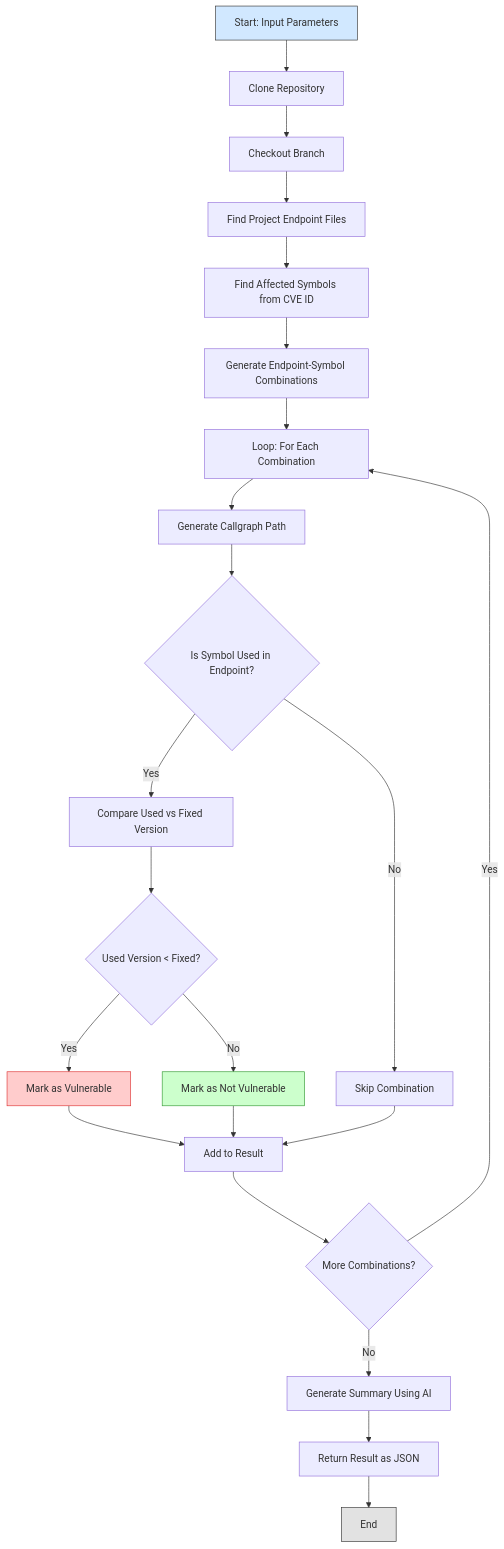
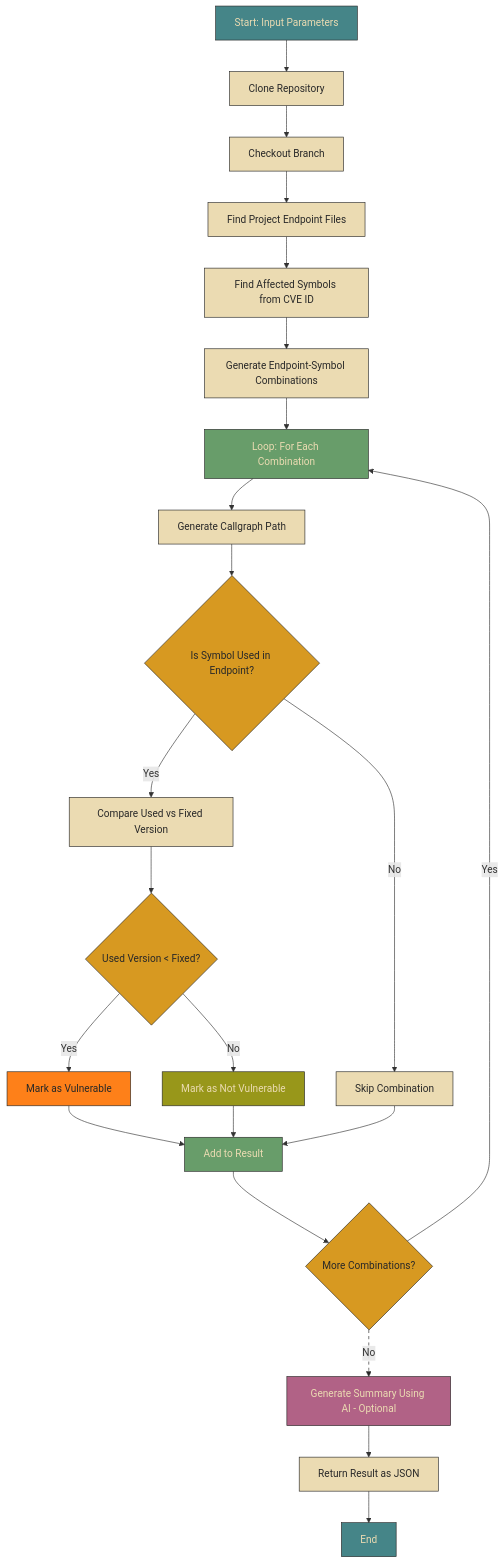
Before and after one commit to k37y/gvs: the diagram in README.md, drawn with Mermaid.

````diff
--- a/README.md
+++ b/README.md
@@ -9,30 +9,54 @@
 ```mermaid
 flowchart TD
     A[Start: Input Parameters] --> B[Clone Repository]
     B --> C[Checkout Branch]
     C --> D[Find Project Endpoint Files]
     D --> E[Find Affected Symbols from CVE ID]
     E --> F[Generate Endpoint-Symbol Combinations]
     F --> G[Loop: For Each Combination]
     G --> H[Generate Callgraph Path]
     H --> I{Is Symbol Used in Endpoint?}
     I -- Yes --> J[Compare Used vs Fixed Version]
     J --> K{Used Version < Fixed?}
     K -- Yes --> L[Mark as Vulnerable]
     K -- No --> M[Mark as Not Vulnerable]
     L --> N[Add to Result]
     M --> N
     I -- No --> O[Skip Combination]
     O --> N
     N --> P{More Combinations?}
     P -- Yes --> G
-    P -- No --> Q[Generate Summary Using AI]
+    P -- No --> Q[Generate Summary Using AI - Optional]
     Q --> R[Return Result as JSON]
     R --> S[End]
 
     %% Style nodes
-    style A fill:#d1e8ff,stroke:#333,stroke-width:1px
-    style L fill:#ffcccc,stroke:#d33,stroke-width:1px
-    style M fill:#ccffcc,stroke:#393,stroke-width:1px
-    style S fill:#e2e2e2,stroke:#333,stroke-width:1px
+    style A fill:#458588,stroke:#282828,stroke-width:1px,color:#ebdbb2
+    style B fill:#ebdbb2,stroke:#282828,stroke-width:1px,color:#282828
+    style C fill:#ebdbb2,stroke:#282828,stroke-width:1px,color:#282828
+    style D fill:#ebdbb2,stroke:#282828,stroke-width:1px,color:#282828
+    style E fill:#ebdbb2,stroke:#282828,stroke-width:1px,color:#282828
+    style F fill:#ebdbb2,stroke:#282828,stroke-width:1px,color:#282828
+    style G fill:#689d6a,stroke:#282828,stroke-width:1px,color:#ebdbb2
+    style H fill:#ebdbb2,stroke:#282828,stroke-width:1px,color:#282828
+    style I fill:#d79921,stroke:#282828,stroke-width:1px,color:#282828
+    style J fill:#ebdbb2,stroke:#282828,stroke-width:1px,color:#282828
+    style K fill:#d79921,stroke:#282828,stroke-width:1px,color:#282828
+    style L fill:#fe8019,stroke:#282828,stroke-width:1px,color:#282828
+    style M fill:#98971a,stroke:#282828,stroke-width:1px,color:#ebdbb2
+    style N fill:#689d6a,stroke:#282828,stroke-width:1px,color:#ebdbb2
+    style O fill:#ebdbb2,stroke:#282828,stroke-width:1px,color:#282828
+    style P fill:#d79921,stroke:#282828,stroke-width:1px,color:#282828
+    style Q fill:#b16286,stroke:#282828,stroke-width:1px,color:#ebdbb2
+    style R fill:#ebdbb2,stroke:#282828,stroke-width:1px,color:#282828
+    style S fill:#458588,stroke:#282828,stroke-width:1px,color:#ebdbb2
+    linkStyle 18 fill:none,stroke:#282828,stroke-width:1px,color:#28282,stroke-dasharray:5,5
+
+%%    style white fill:#ebdbb2,stroke:#282828,stroke-width:1px,color:#282828
+%%    style orange fill:#fe8019,stroke:#282828,stroke-width:1px,color:#282828
+%%    style green fill:#98971a,stroke:#282828,stroke-width:1px,color:#ebdbb2
+%%    style blue fill:#458588,stroke:#282828,stroke-width:1px,color:#ebdbb2
+%%    style magenta fill:#b16286,stroke:#282828,stroke-width:1px,color:#ebdbb2
+%%    style cyan fill:#689d6a,stroke:#282828,stroke-width:1px,color:#ebdbb2
+%%    style yellow fill:#d79921,stroke:#282828,stroke-width:1px,color:#282828
 ```
````
